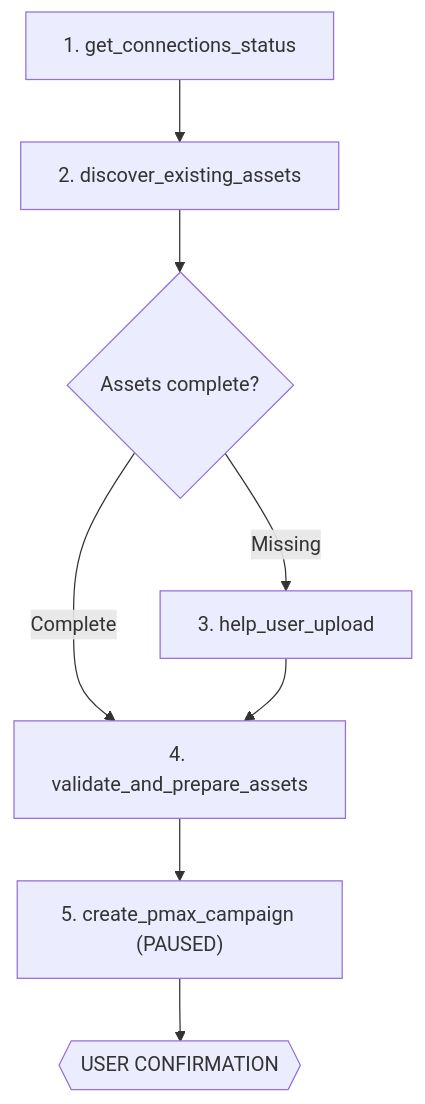
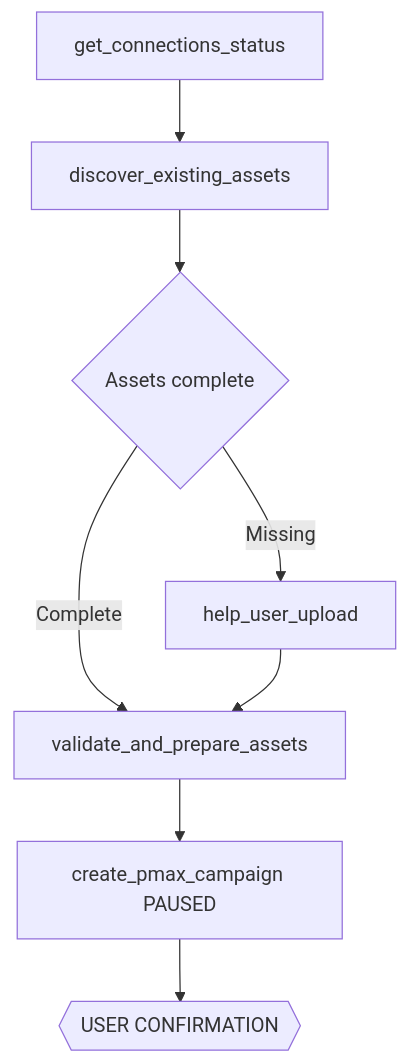
Before and after one commit to Adspirer/docs: the third of 8 diagrams in agent-skills/workflows.mdx, drawn with Mermaid. The commit also changed other lines of this file and 1 other file, not shown here.

First line of the commit message:
Fix Mermaid rendering: remove quotes, numbered prefixes, and special chars from node labels

````diff
--- a/agent-skills/workflows.mdx
+++ b/agent-skills/workflows.mdx
@@ -106,10 +106,10 @@
 ```mermaid
 flowchart TD
-    A["1. get_connections_status"] --> B["2. discover_existing_assets"]
-    B --> C{"Assets complete?"}
-    C -->|Missing| D["3. help_user_upload"]
-    C -->|Complete| E["4. validate_and_prepare_assets"]
+    A[get_connections_status] --> B[discover_existing_assets]
+    B --> C{Assets complete}
+    C -->|Missing| D[help_user_upload]
+    C -->|Complete| E[validate_and_prepare_assets]
     D --> E
-    E --> F["5. create_pmax_campaign (PAUSED)"]
-    F --> G{{"USER CONFIRMATION"}}
+    E --> F[create_pmax_campaign PAUSED]
+    F --> G{{USER CONFIRMATION}}
 ```
````
